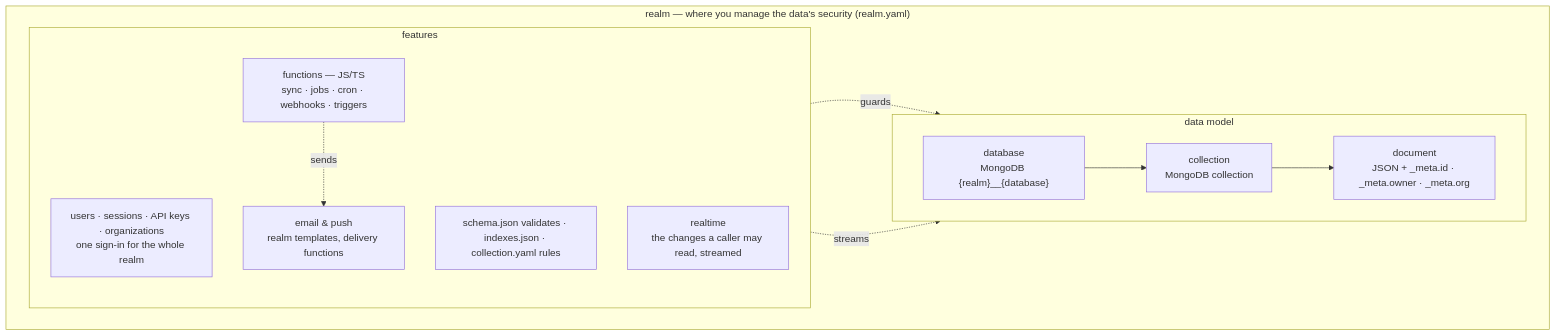
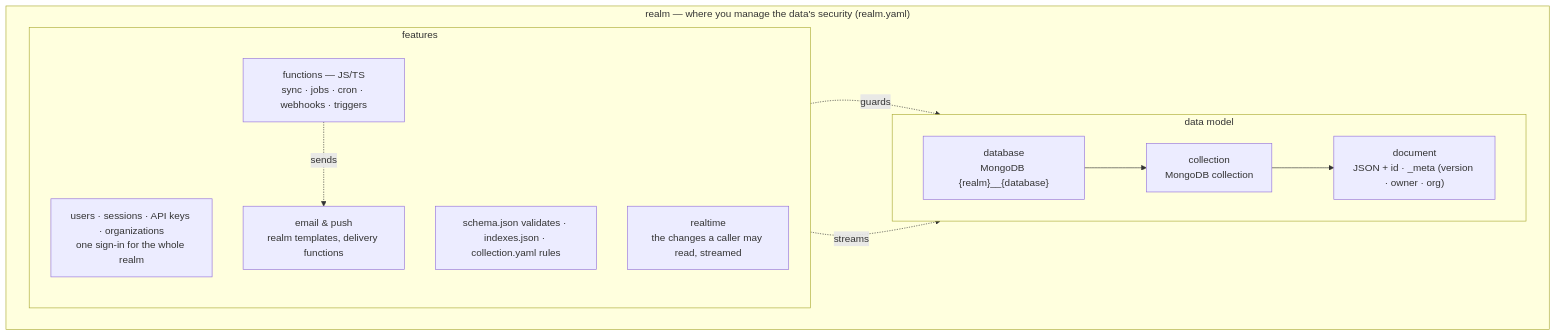
The diagram in docs/content/docs/getting-started.md (fernandezvara/backd), drawn with Mermaid before and after one commit. The commit also changed other lines of this file and 4 other files, not shown here.

````diff
--- a/docs/content/docs/getting-started.md
+++ b/docs/content/docs/getting-started.md
@@ -13,24 +13,24 @@
 ```mermaid
 flowchart LR
     subgraph realm["realm — where you manage the data's security (realm.yaml)"]
         direction LR
         subgraph model["data model"]
             direction LR
             db["database<br/>MongoDB {realm}__{database}"]
             col["collection<br/>MongoDB collection"]
-            doc["document<br/>JSON + _meta.id · _meta.owner · _meta.org"]
+            doc["document<br/>JSON + id · _meta (version · owner · org)"]
             db --> col --> doc
         end
         subgraph features["features"]
             direction TB
             auth["users · sessions · API keys · organizations<br/>one sign-in for the whole realm"]
             guards["schema.json validates · indexes.json · collection.yaml rules"]
             fn["functions — JS/TS<br/>sync · jobs · cron · webhooks · triggers"]
             notif["email & push<br/>realm templates, delivery functions"]
             rt["realtime<br/>the changes a caller may read, streamed"]
         end
         guards -.guards.-> col
         rt -.streams.-> doc
         fn -.sends.-> notif
     end
 ```
````
